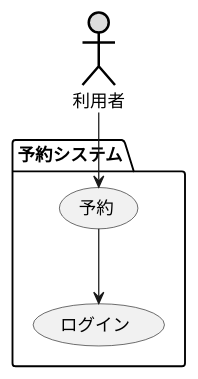
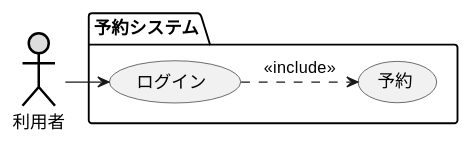
One commit to github-use-a/uml-introduction changed the diagram in 演習2-3_ホテル宿泊予約.pu. Above: the diagram before and after it, drawn with PlantUML.

Commit message:
修正

```diff
--- a/演習2-3_ホテル宿泊予約.pu
+++ b/演習2-3_ホテル宿泊予約.pu
@@ -1,10 +1,10 @@
 @startuml ユースケース図
 ' left to right direction
 actor 利用者#DDDDDD;line:black;line.bold;
 package 予約システム{
 usecase ログイン
 usecase 予約
 }
-利用者--> 予約
-予約--> ログイン 
+利用者 -> ログイン
+ログイン .> 予約 : <<include>> 
 @enduml
```
